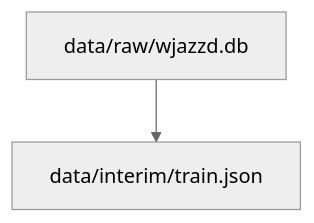
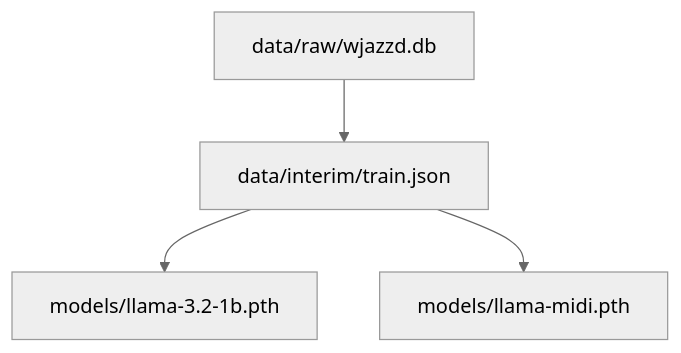
Before and after one commit to u-masao/melody-flow: the second of 2 diagrams in PIPELINE.md, drawn with Mermaid (neutral theme). The commit also changed other lines of this file, not shown here.

Commit message:
update pipeline

````diff
--- a/PIPELINE.md
+++ b/PIPELINE.md
@@ -16,6 +18,10 @@
 ```mermaid
 flowchart TD
 	node1["data/interim/train.json"]
 	node2["data/raw/wjazzd.db"]
+	node3["models/llama-3.2-1b.pth"]
+	node4["models/llama-midi.pth"]
+	node1-->node3
+	node1-->node4
 	node2-->node1
 ```
````
